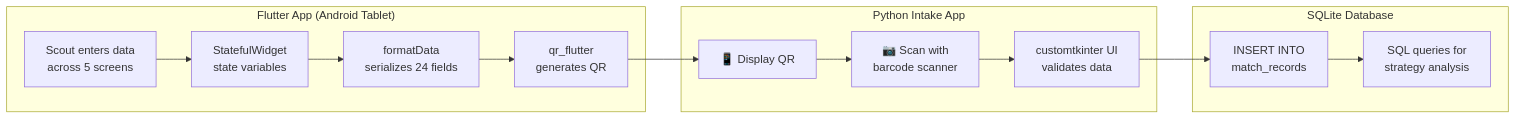
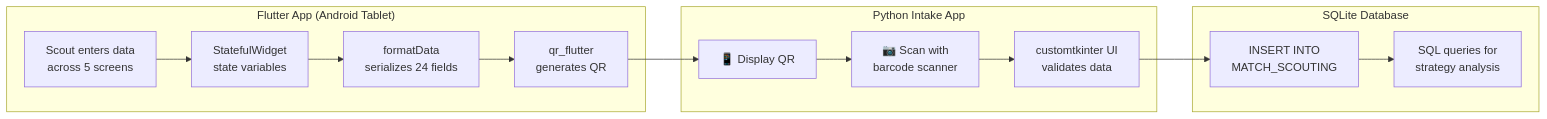
One commit to aamir-frc-scouting/frc-scouting-app-2025 changed the diagram in README.md. Above: the diagram before and after it, drawn with Mermaid. The commit also changed other lines of this file and 2 other files, not shown here.

````diff
--- a/README.md
+++ b/README.md
@@ -93,19 +93,19 @@
 ```mermaid
 flowchart LR
     subgraph Flutter["Flutter App (Android Tablet)"]
         A[Scout enters data<br/>across 5 screens] --> B[StatefulWidget<br/>state variables]
         B --> C[formatData<br/>serializes 24 fields]
         C --> D[qr_flutter<br/>generates QR]
     end
     
     subgraph Intake["Python Intake App"]
         D --> E[📱 Display QR]
         E --> F[📷 Scan with<br/>barcode scanner]
         F --> G[customtkinter UI<br/>validates data]
     end
     
     subgraph Storage["SQLite Database"]
-        G --> H[INSERT INTO<br/>match_records]
+        G --> H[INSERT INTO<br/>MATCH_SCOUTING]
         H --> I[SQL queries for<br/>strategy analysis]
     end
 ```
````
